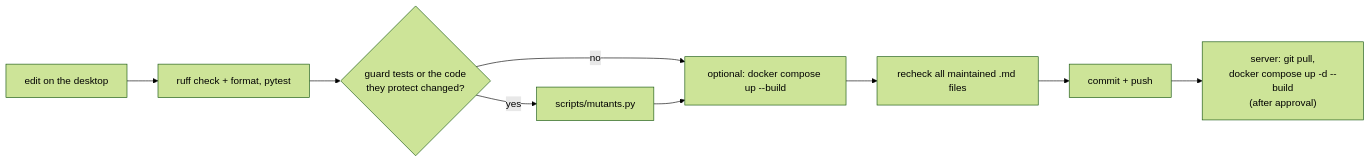
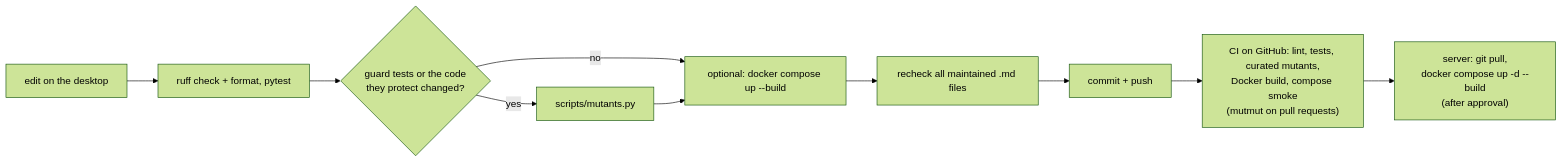
One commit to shanirub/swipe-rss-reader changed diagram 18 of 18 in docs/architecture.md. Above: the diagram before and after it, drawn with Mermaid (forest theme). The commit also changed 8 other files, not shown here.

First line of the commit message:
CI: compose smoke job; mutmut only on pull requests

````diff
--- a/docs/architecture.md
+++ b/docs/architecture.md
@@ -641,11 +641,12 @@
 ```mermaid
 flowchart LR
     edit["edit on the desktop"] --> check["ruff check + format, pytest"]
     check --> mut{"guard tests or the code<br/>they protect changed?"}
     mut -- yes --> mutants["scripts/mutants.py"]
     mut -- no --> docker
     mutants --> docker["optional: docker compose up --build"]
     docker --> recheck["recheck all maintained .md files"]
     recheck --> commit["commit + push"]
-    commit --> deploy["server: git pull,<br/>docker compose up -d --build<br/>(after approval)"]
+    commit --> ci["CI on GitHub: lint, tests, curated mutants,<br/>Docker build, compose smoke<br/>(mutmut on pull requests)"]
+    ci --> deploy["server: git pull,<br/>docker compose up -d --build<br/>(after approval)"]
 ```
````
